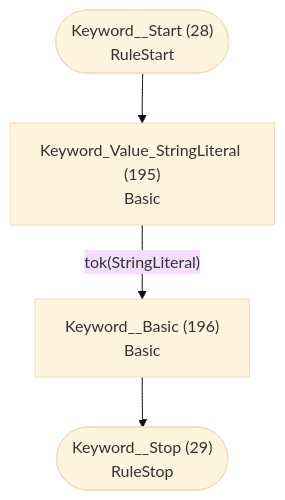
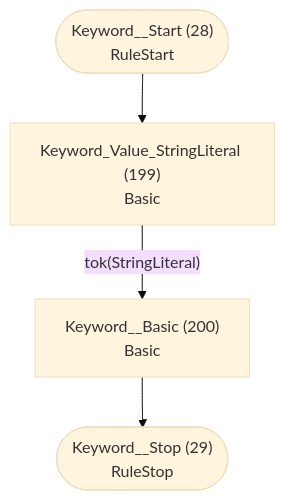
Before and after one commit to TypeFox/fastbelt: diagram 15 of 26 in internal/grammar/atn.md, drawn with Mermaid (base theme). The commit also changed other lines of this file and 7 other files, not shown here.

````diff
--- a/internal/grammar/atn.md
+++ b/internal/grammar/atn.md
@@ -461,11 +472,11 @@
 ```mermaid
 flowchart TD
     q28(["Keyword__Start (28)<br/>RuleStart"])
     q29(["Keyword__Stop (29)<br/>RuleStop"])
-    q195["Keyword_Value_StringLiteral (195)<br/>Basic<br/>"]
-    q196["Keyword__Basic (196)<br/>Basic<br/>"]
+    q199["Keyword_Value_StringLiteral (199)<br/>Basic<br/>"]
+    q200["Keyword__Basic (200)<br/>Basic<br/>"]
 
-    q28 --> q195
-    q195 -->|"tok(StringLiteral)"| q196
-    q196 --> q29
+    q28 --> q199
+    q199 -->|"tok(StringLiteral)"| q200
+    q200 --> q29
 ```
````
